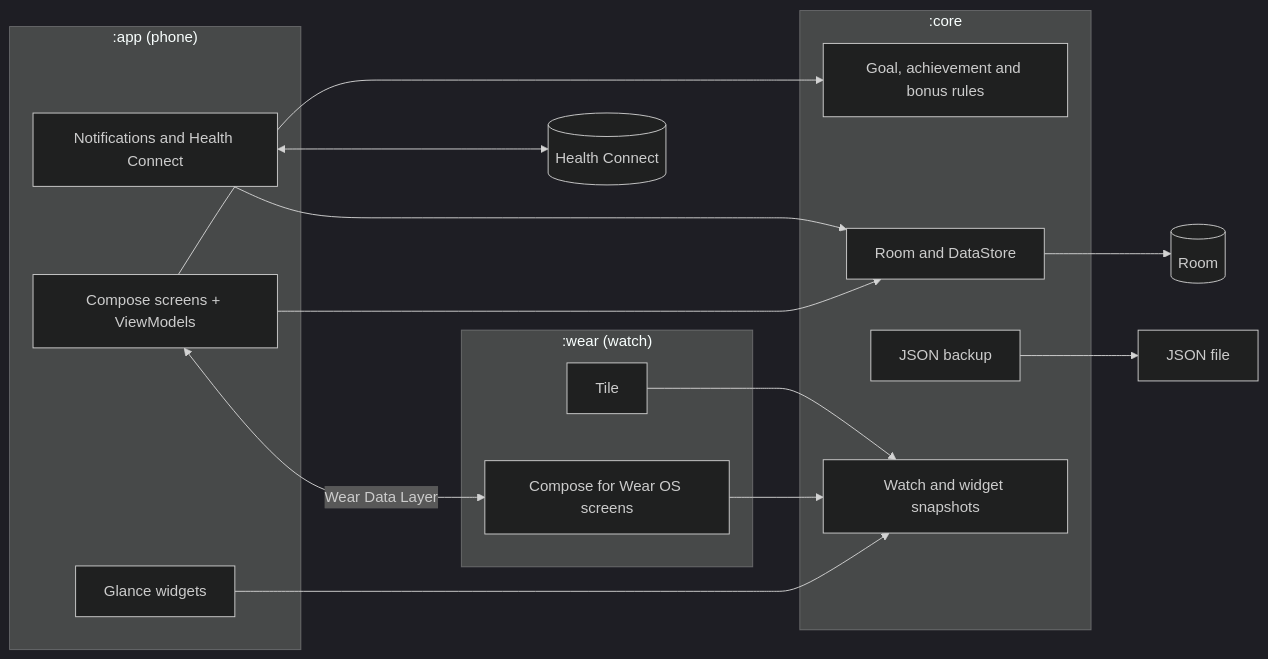
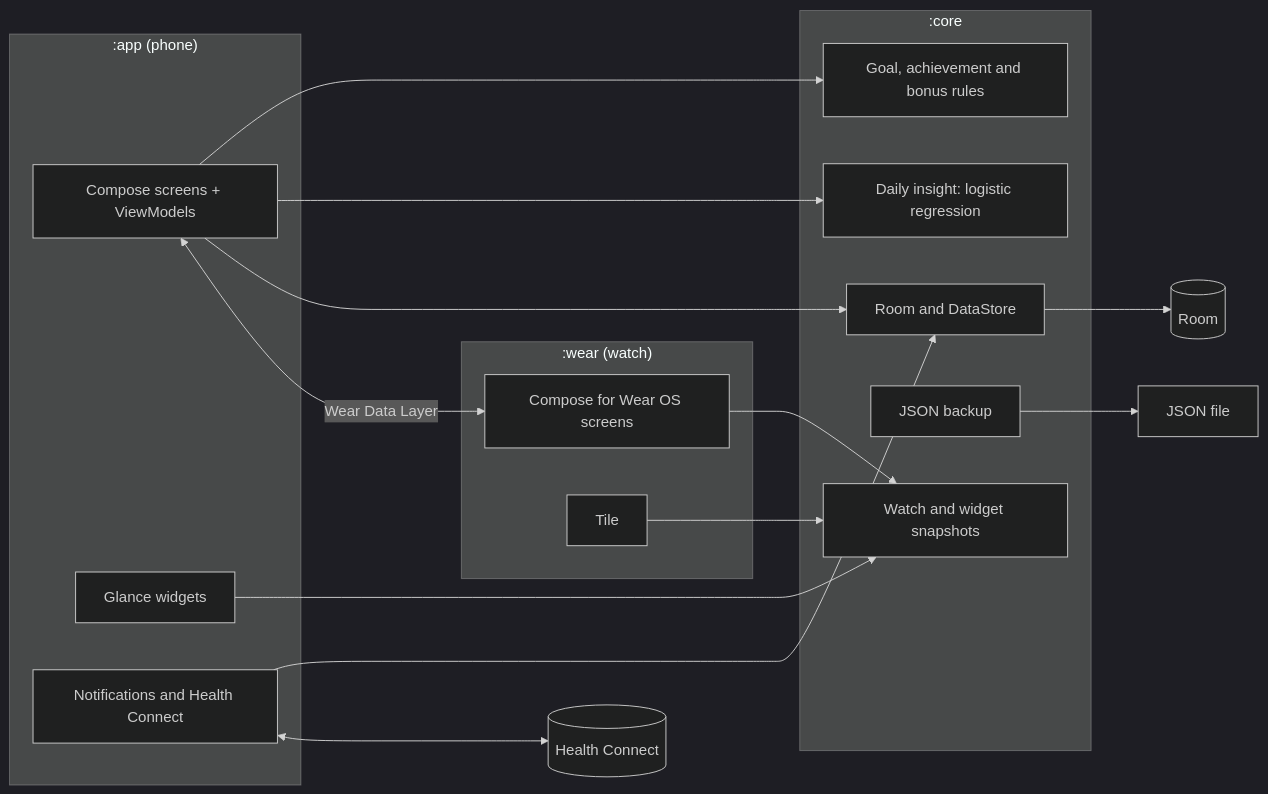
One commit to jonathaxs/gymnutshell-android changed the third of 4 diagrams in .github/README.md. Above: the diagram before and after it, drawn with Mermaid (dark theme). The commit also changed other lines of this file and 15 other files, not shown here.

````diff
--- a/.github/README.md
+++ b/.github/README.md
@@ -243,31 +286,33 @@
 ```mermaid
 flowchart LR
     subgraph App[":app (phone)"]
         Screens["Compose screens + ViewModels"]
         Glance["Glance widgets"]
         System["Notifications and Health Connect"]
     end
 
     subgraph Wear[":wear (watch)"]
         WearScreens["Compose for Wear OS screens"]
         Tile["Tile"]
     end
 
     subgraph Core[":core"]
         Domain["Goal, achievement and bonus rules"]
+        ML["Daily insight: logistic regression"]
         Data["Room and DataStore"]
         Backup["JSON backup"]
         Sync["Watch and widget snapshots"]
     end
 
     Screens --> Domain
+    Screens --> ML
     Screens --> Data
     Glance --> Sync
     System --> Data
     WearScreens --> Sync
     Tile --> Sync
     Screens <-->|Wear Data Layer| WearScreens
     Data --> DB[("Room")]
     System <--> HC[("Health Connect")]
     Backup --> File["JSON file"]
 ```
````
